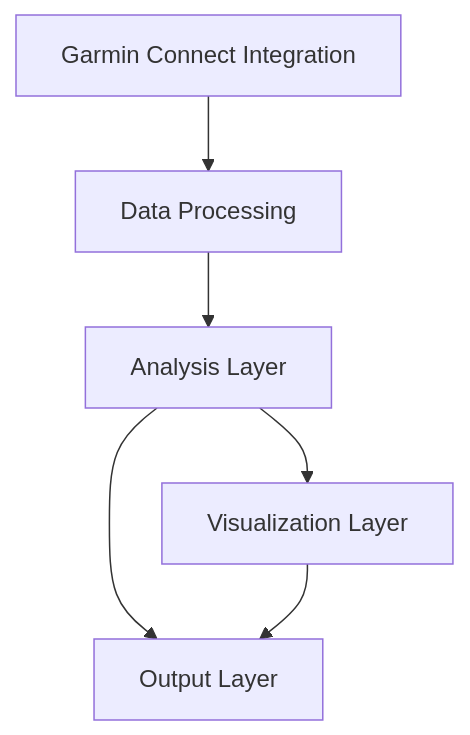
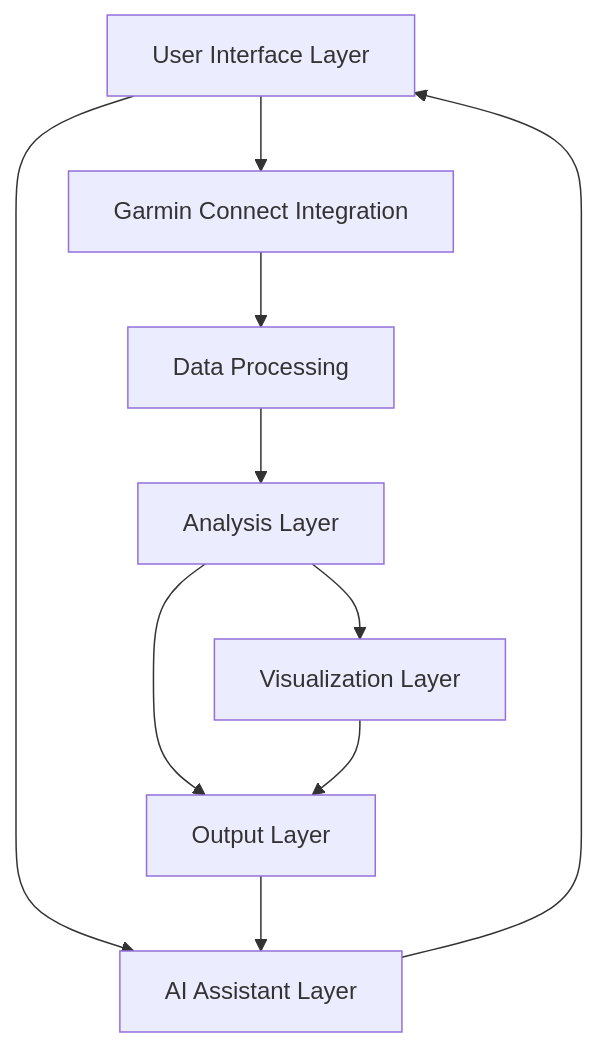
The diagram in Documents/02-Architecture/ARCH-001-SystemArchitecture.md (Benson0875/RunningGPT), drawn with Mermaid before and after one commit. The commit also changed other lines of this file and 8 other files, not shown here.

````diff
--- a/Documents/02-Architecture/ARCH-001-SystemArchitecture.md
+++ b/Documents/02-Architecture/ARCH-001-SystemArchitecture.md
@@ -43,8 +59,12 @@
 ```mermaid
 graph TD
-    A[Garmin Connect Integration] --> B[Data Processing]
-    B --> C[Analysis Layer]
-    C --> D[Visualization Layer]
-    C --> E[Output Layer]
-    D --> E
+    A[User Interface Layer] --> B[Garmin Connect Integration]
+    A --> F[AI Assistant Layer]
+    B --> C[Data Processing]
+    C --> D[Analysis Layer]
+    D --> E[Visualization Layer]
+    D --> G[Output Layer]
+    E --> G
+    G --> F
+    F --> A
 ```
````
